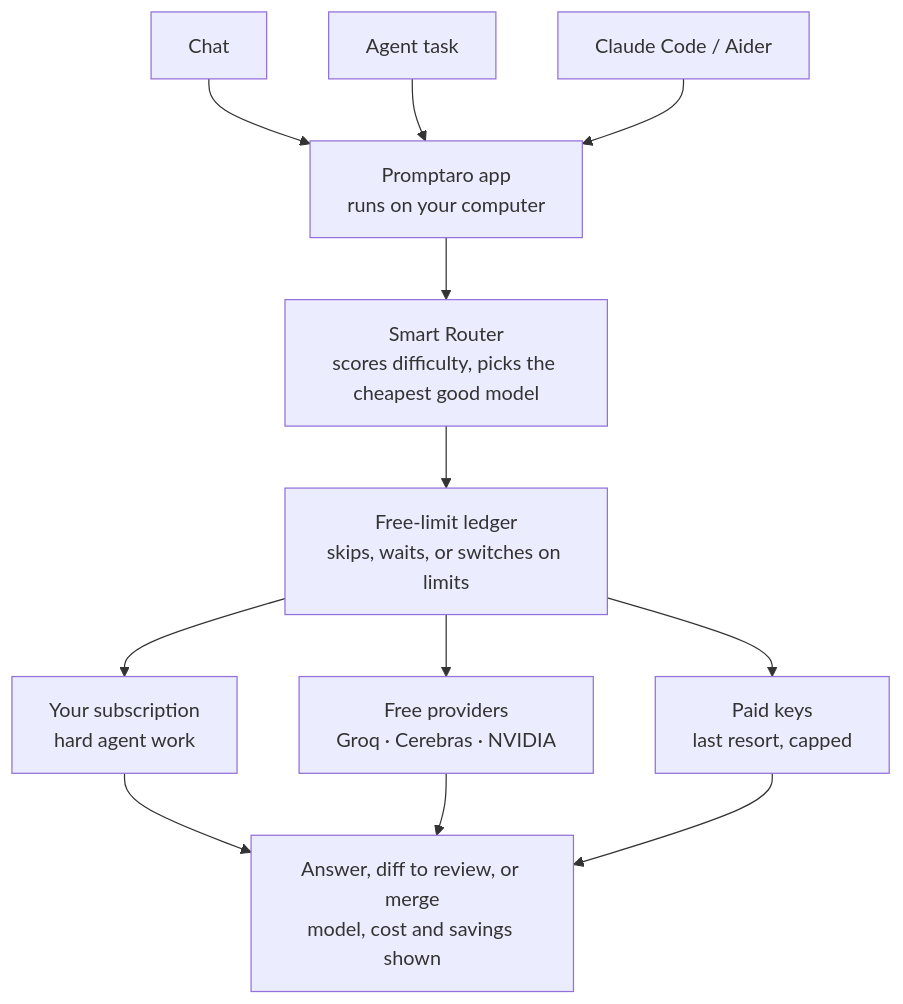
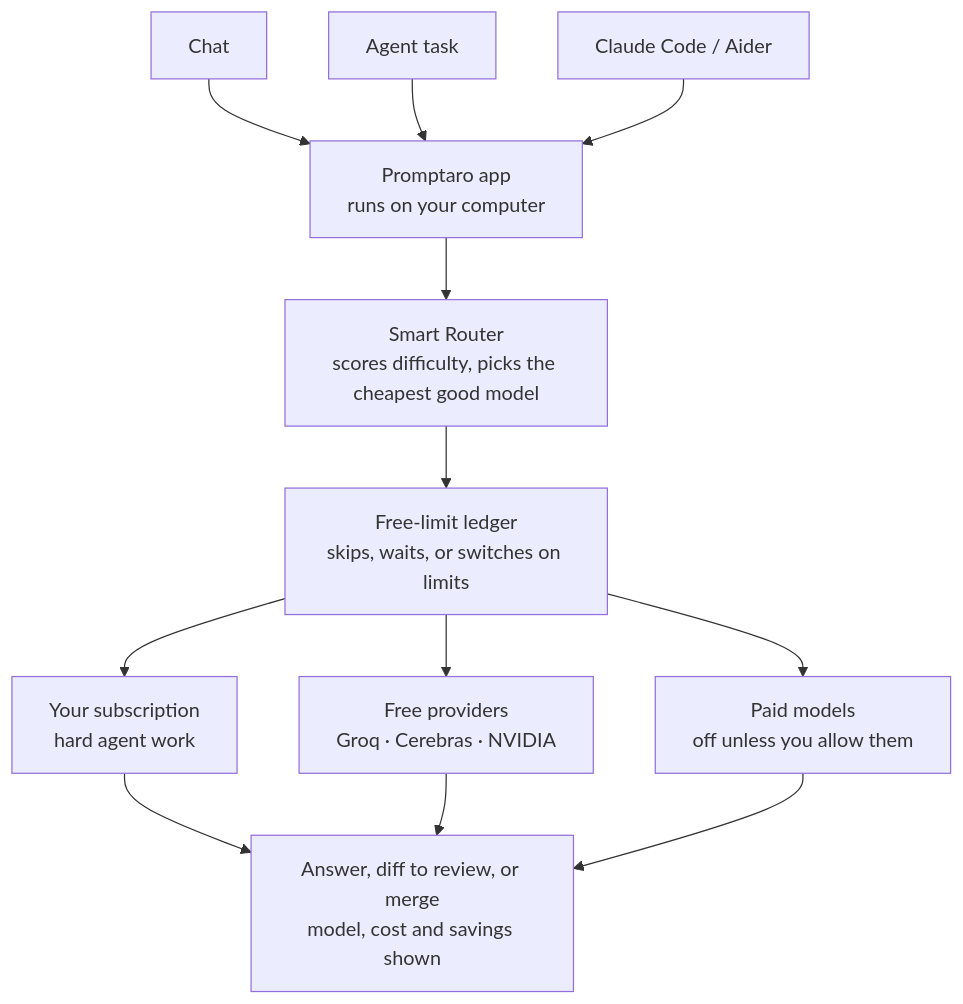
The diagram in README.md (akshaydubey1/promptaro), drawn with Mermaid before and after one commit. The commit also changed other lines of this file and 20 other files, not shown here.

First line of the commit message:
$0 by default: free tokens first, your plan for hard work, paid models only if allowed

````diff
--- a/README.md
+++ b/README.md
@@ -112,14 +127,14 @@
 ```mermaid
 flowchart TD
     A["Chat"] --> P
     B["Agent task"] --> P
     C["Claude Code / Aider"] --> P
     P["Promptaro app<br/>runs on your computer"] --> R["Smart Router<br/>scores difficulty, picks the cheapest good model"]
     R --> L["Free-limit ledger<br/>skips, waits, or switches on limits"]
     L --> S["Your subscription<br/>hard agent work"]
     L --> F["Free providers<br/>Groq · Cerebras · NVIDIA"]
-    L --> K["Paid keys<br/>last resort, capped"]
+    L --> K["Paid models<br/>off unless you allow them"]
     S --> O["Answer, diff to review, or merge<br/>model, cost and savings shown"]
     F --> O
     K --> O
 ```
````
